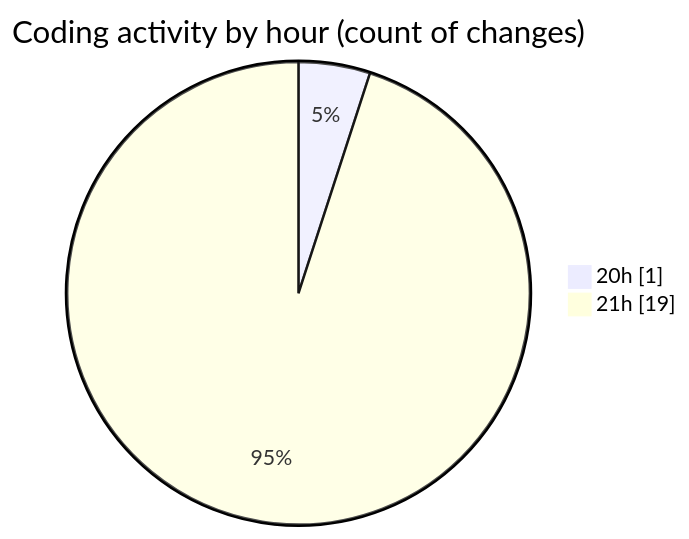
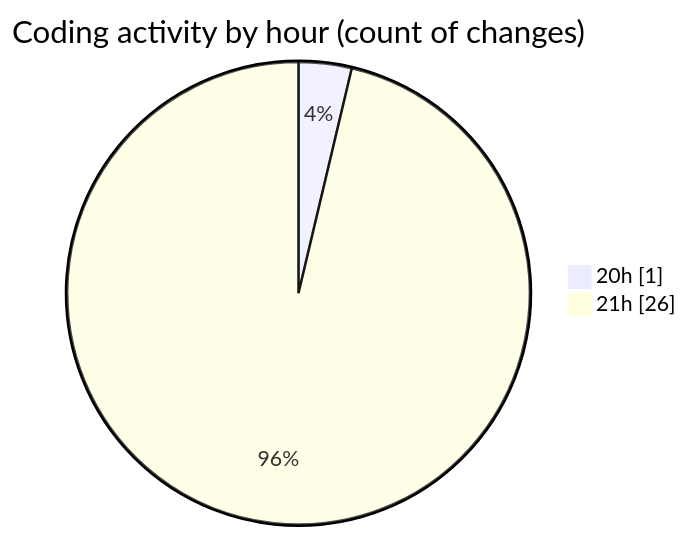
One commit to Ritupan-Deka/code-tracking changed the second of 2 diagrams in 2025-02-15/0starter_files/README.md. Above: the diagram before and after it, drawn with Mermaid. The commit also changed other lines of this file and 1 other file, not shown here.

````diff
--- a/2025-02-15/0starter_files/README.md
+++ b/2025-02-15/0starter_files/README.md
@@ -28,6 +28,6 @@
 ```mermaid
 pie showData
 title Coding activity by hour (count of changes)
 "20h" : 1
-"21h" : 19
+"21h" : 26
 ```
````
